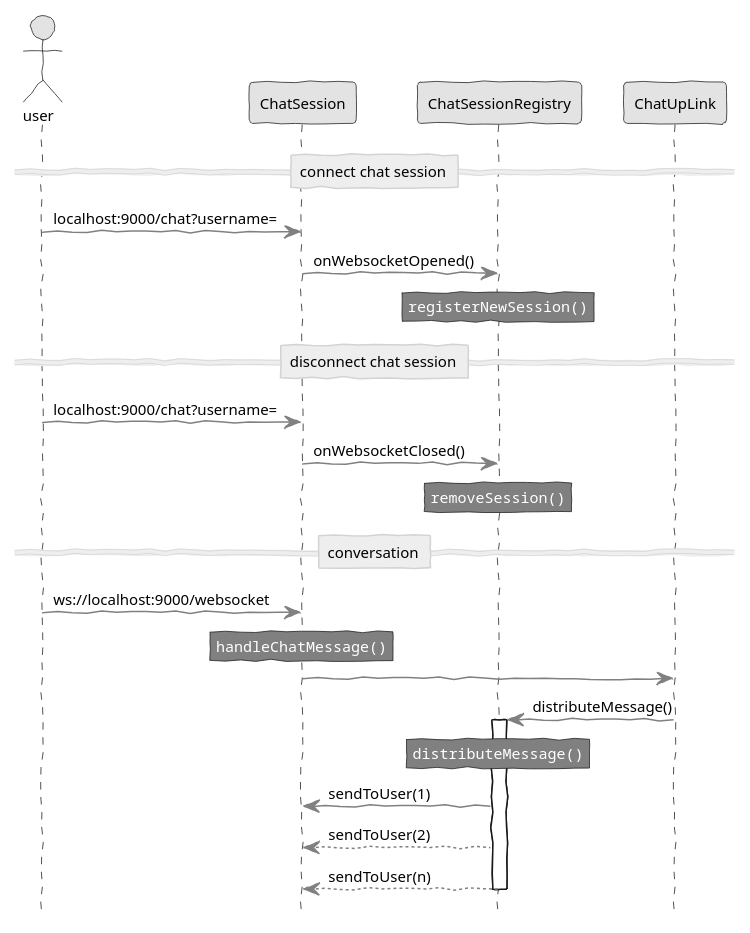
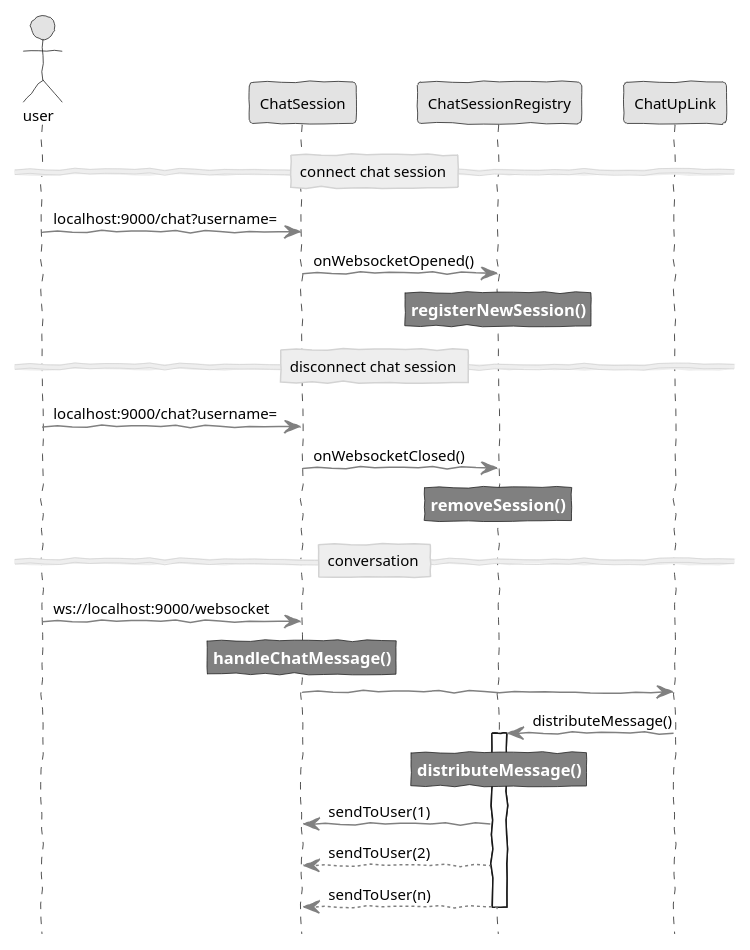
The diagram in diagrams/challenge-2.puml (scireum/sirius-chat-sample), drawn with PlantUML before and after one commit. The commit also changed 1 other file, not shown here.

Commit message:
Better fonts for the diagram notes

```diff
--- a/diagrams/challenge-2.puml
+++ b/diagrams/challenge-2.puml
@@ -1,42 +1,44 @@
 @startuml
 skinparam handwritten true
 skinparam monochrome true
 skinparam ArrowColor gray
 skinparam DefaultFontSize 10
 skinparam Note {
-    FontName Courier
+    FontName Arial
+    FontStyle bold
+    FontSize 11
     FontColor white
     BackGroundColor gray
 }
 skinparam Sequence {
     DividerFontStyle normal
     DividerBorderThickness 1
     DividerBorderColor lightgray
 }
 
 hide footbox
 actor user
 
 ==connect chat session==
 user -> ChatSession: localhost:9000/chat?username=
 ChatSession -> ChatSessionRegistry: onWebsocketOpened()
 rnote over ChatSessionRegistry: registerNewSession()
 
 ==disconnect chat session==
 user -> ChatSession: localhost:9000/chat?username=
 ChatSession -> ChatSessionRegistry: onWebsocketClosed()
 rnote over ChatSessionRegistry: removeSession()
 
 ==conversation==
 user -> ChatSession: ws://localhost:9000/websocket
 rnote over ChatSession: handleChatMessage()
 ChatSession -> ChatUpLink
 ChatUpLink -> ChatSessionRegistry: distributeMessage()
 activate ChatSessionRegistry
 rnote over ChatSessionRegistry: distributeMessage()
 ChatSession <- ChatSessionRegistry: sendToUser(1)
 ChatSession <-- ChatSessionRegistry: sendToUser(2)
 ChatSession <-- ChatSessionRegistry: sendToUser(n)
 deactivate ChatSessionRegistry
 
 @enduml
```
